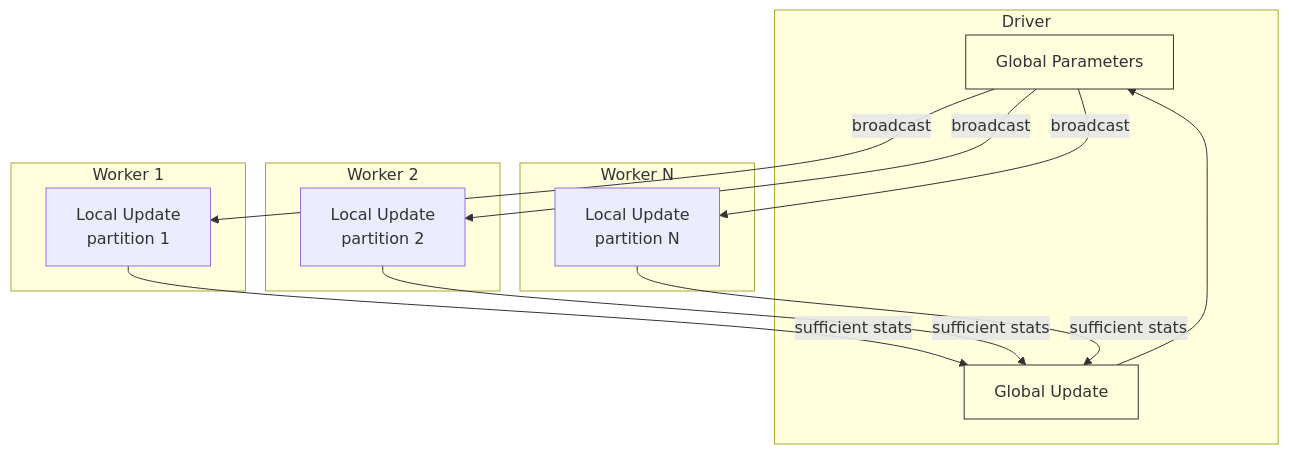
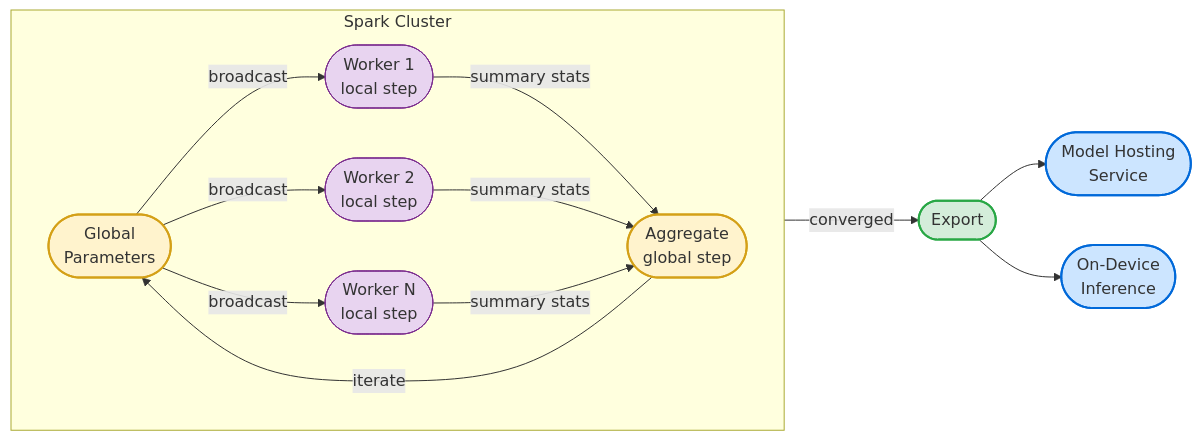
The second of 3 diagrams in SPARK_VI_FRAMEWORK.md (oneilsh/topic-state-space-modeling), drawn with Mermaid before and after one commit. The commit also changed other lines of this file and 5 other files, not shown here.

````diff
--- a/SPARK_VI_FRAMEWORK.md
+++ b/SPARK_VI_FRAMEWORK.md
@@ -80,30 +83,26 @@
 ```mermaid
-graph TD
-    subgraph Driver
-        G[Global Parameters]
-        U[Global Update]
+graph LR
+    subgraph CLUSTER ["Spark Cluster"]
+        direction LR
+        G(["Global<br/>Parameters"]) -->|broadcast| W1(["Worker 1<br/>local step"])
+        G -->|broadcast| W2(["Worker 2<br/>local step"])
+        G -->|broadcast| WN(["Worker N<br/>local step"])
+        W1 -->|summary stats| AG(["Aggregate<br/>global step"])
+        W2 -->|summary stats| AG
+        WN -->|summary stats| AG
+        AG -->|iterate| G
     end
 
-    subgraph "Worker 1"
-        L1[Local Update<br/>partition 1]
-    end
+    AG -->|converged| EX(["Export"])
+    EX --> MH(["Model Hosting<br/>Service"])
+    EX --> PH(["On-Device<br/>Inference"])
 
-    subgraph "Worker 2"
-        L2[Local Update<br/>partition 2]
-    end
-
-    subgraph "Worker N"
-        LN[Local Update<br/>partition N]
-    end
-
-    G -->|broadcast| L1
-    G -->|broadcast| L2
-    G -->|broadcast| LN
-    L1 -->|sufficient stats| U
-    L2 -->|sufficient stats| U
-    LN -->|sufficient stats| U
-    U --> G
-
-    style G fill:#ffd,stroke:#333
-    style U fill:#ffd,stroke:#333
+    style G fill:#fff3cd,stroke:#d4a017,stroke-width:2px
+    style AG fill:#fff3cd,stroke:#d4a017,stroke-width:2px
+    style W1 fill:#e8d4f0,stroke:#7b2d8e,stroke-width:1px
+    style W2 fill:#e8d4f0,stroke:#7b2d8e,stroke-width:1px
+    style WN fill:#e8d4f0,stroke:#7b2d8e,stroke-width:1px
+    style EX fill:#d4edda,stroke:#28a745,stroke-width:2px
+    style MH fill:#cce5ff,stroke:#0069d9,stroke-width:2px
+    style PH fill:#cce5ff,stroke:#0069d9,stroke-width:2px
 ```
````
